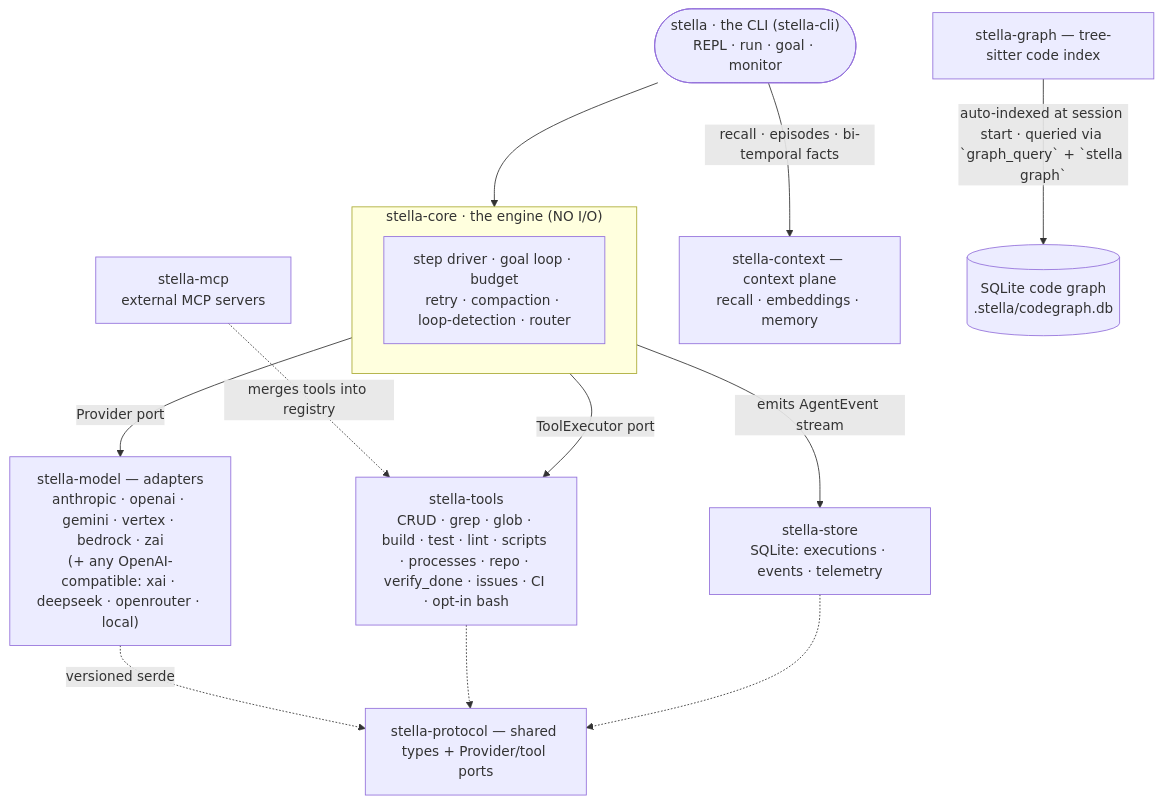
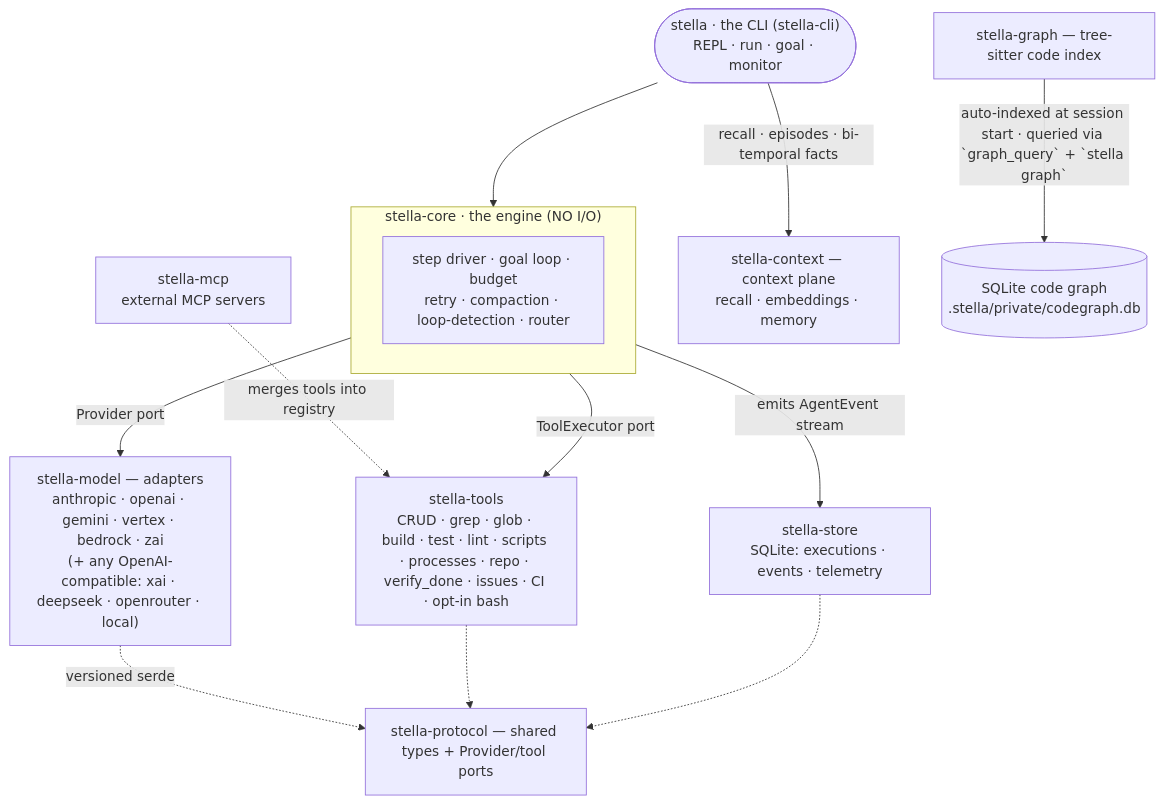
Before and after one commit to oxageninc/stella-cli: the diagram in README.md, drawn with Mermaid. The commit also changed other lines of this file and 181 other files, not shown here.

````diff
--- a/README.md
+++ b/README.md
@@ -454,16 +488,16 @@
 ```mermaid
 flowchart TD
     U(["stella · the CLI (stella-cli)<br/>REPL · run · goal · monitor"]) --> CORE
     subgraph CORE["stella-core · the engine (NO I/O)"]
       ENG["step driver · goal loop · budget<br/>retry · compaction · loop-detection · router"]
     end
     CORE -->|Provider port| MODEL["stella-model — adapters<br/>anthropic · openai · gemini · vertex · bedrock · zai<br/>(+ any OpenAI-compatible: xai · deepseek · openrouter · local)"]
     CORE -->|ToolExecutor port| TOOLS["stella-tools<br/>CRUD · grep · glob · build · test · lint · scripts · processes · repo · verify_done · issues · CI · opt-in bash"]
     MCP["stella-mcp<br/>external MCP servers"] -.->|merges tools into registry| TOOLS
     CORE -->|emits AgentEvent stream| STORE["stella-store<br/>SQLite: executions · events · telemetry"]
     U -->|"recall · episodes · bi-temporal facts"| CTX["stella-context — context plane<br/>recall · embeddings · memory"]
-    GRAPH["stella-graph — tree-sitter code index"] -->|"auto-indexed at session start · queried via `graph_query` + `stella graph`"| DB[("SQLite code graph<br/>.stella/codegraph.db")]
+    GRAPH["stella-graph — tree-sitter code index"] -->|"auto-indexed at session start · queried via `graph_query` + `stella graph`"| DB[("SQLite code graph<br/>.stella/private/codegraph.db")]
     MODEL -.->|versioned serde| PROTO["stella-protocol — shared types + Provider/tool ports"]
     TOOLS -.-> PROTO
     STORE -.-> PROTO
 ```
````
